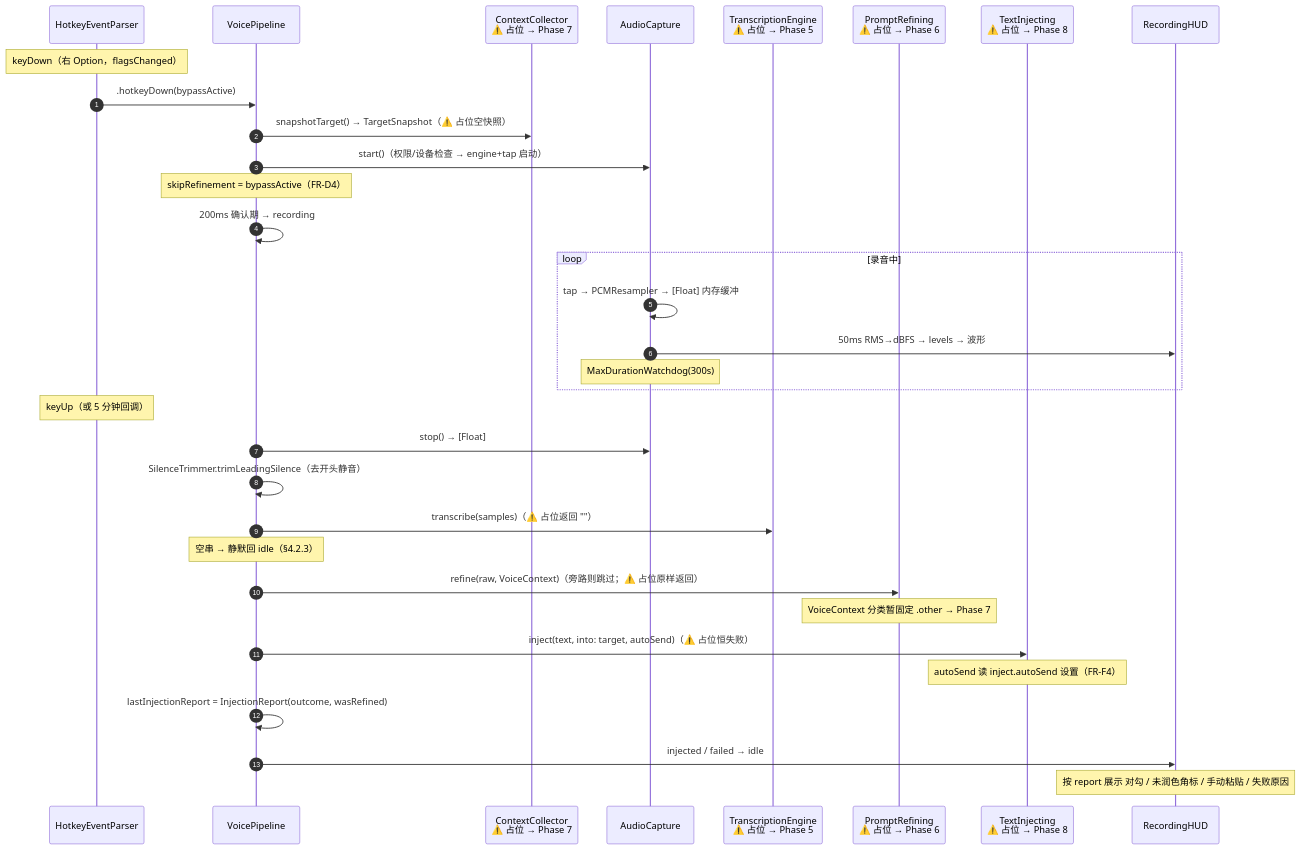
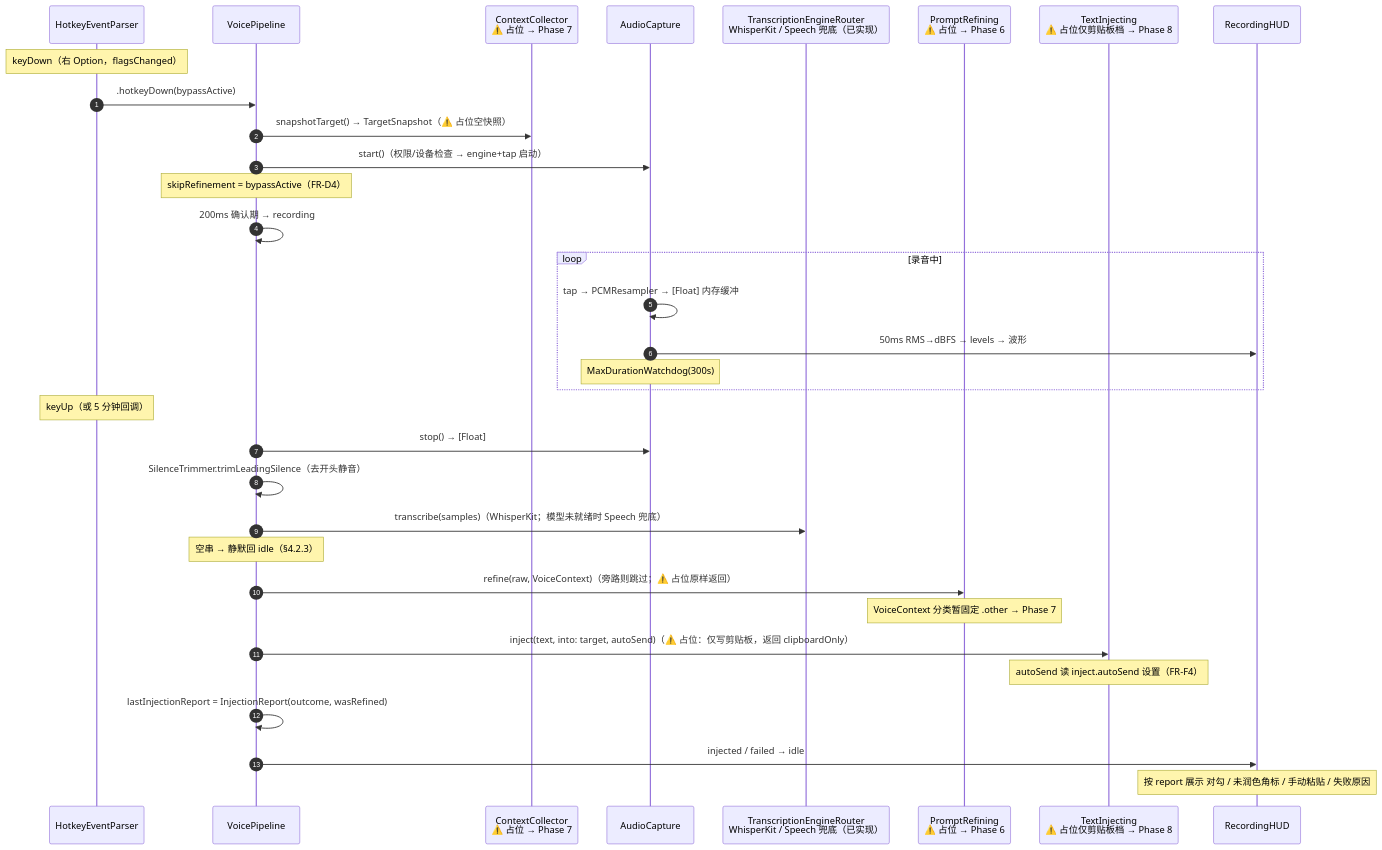
Before and after one commit to scottli139/voxmit: the fourth of 4 diagrams in docs/ARCHITECTURE.md, drawn with Mermaid. The commit also changed other lines of this file and 15 other files, not shown here.

First line of the commit message:
feat: Phase 5 本地转写（FR-C1）—— WhisperKit 集成 + Speech 兜底 + 引擎路由

````diff
--- a/docs/ARCHITECTURE.md
+++ b/docs/ARCHITECTURE.md
@@ -271,36 +275,36 @@
 ```mermaid
 sequenceDiagram
     autonumber
     participant HK as HotkeyEventParser
     participant VP as VoicePipeline
     participant CC as ContextCollector<br>⚠️ 占位 → Phase 7
     participant AC as AudioCapture
-    participant TE as TranscriptionEngine<br>⚠️ 占位 → Phase 5
+    participant TE as TranscriptionEngineRouter<br>WhisperKit / Speech 兜底（已实现）
     participant PR as PromptRefining<br>⚠️ 占位 → Phase 6
-    participant IJ as TextInjecting<br>⚠️ 占位 → Phase 8
+    participant IJ as TextInjecting<br>⚠️ 占位仅剪贴板档 → Phase 8
     participant HUD as RecordingHUD
 
     Note over HK: keyDown（右 Option，flagsChanged）
     HK->>VP: .hotkeyDown(bypassActive)
     VP->>CC: snapshotTarget() → TargetSnapshot（⚠️ 占位空快照）
     VP->>AC: start()（权限/设备检查 → engine+tap 启动）
     Note over VP: skipRefinement = bypassActive（FR-D4）
     VP->>VP: 200ms 确认期 → recording
     loop 录音中
         AC->>AC: tap → PCMResampler → [Float] 内存缓冲
         AC->>HUD: 50ms RMS→dBFS → levels → 波形
         Note over AC: MaxDurationWatchdog(300s)
     end
     Note over HK: keyUp（或 5 分钟回调）
     VP->>AC: stop() → [Float]
     VP->>VP: SilenceTrimmer.trimLeadingSilence（去开头静音）
-    VP->>TE: transcribe(samples)（⚠️ 占位返回 ""）
+    VP->>TE: transcribe(samples)（WhisperKit；模型未就绪时 Speech 兜底）
     Note over VP: 空串 → 静默回 idle（§4.2.3）
     VP->>PR: refine(raw, VoiceContext)（旁路则跳过；⚠️ 占位原样返回）
     Note over PR: VoiceContext 分类暂固定 .other → Phase 7
-    VP->>IJ: inject(text, into: target, autoSend)（⚠️ 占位恒失败）
+    VP->>IJ: inject(text, into: target, autoSend)（⚠️ 占位：仅写剪贴板，返回 clipboardOnly）
     Note over IJ: autoSend 读 inject.autoSend 设置（FR-F4）
     VP->>VP: lastInjectionReport = InjectionReport(outcome, wasRefined)
     VP->>HUD: injected / failed → idle
     Note over HUD: 按 report 展示 对勾 / 未润色角标 / 手动粘贴 / 失败原因
 ```
````
